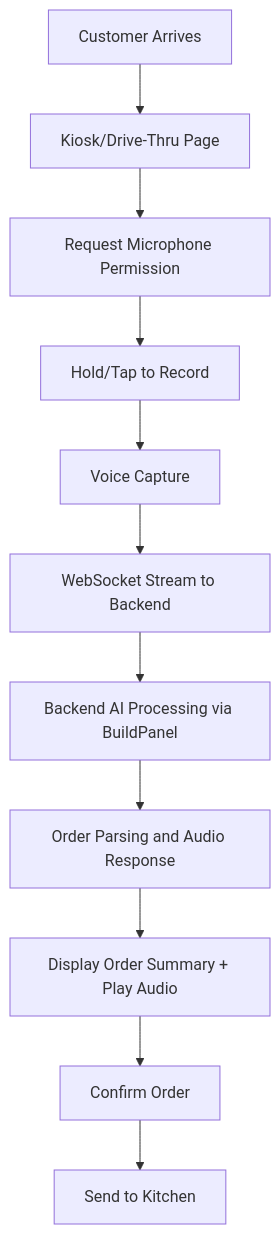
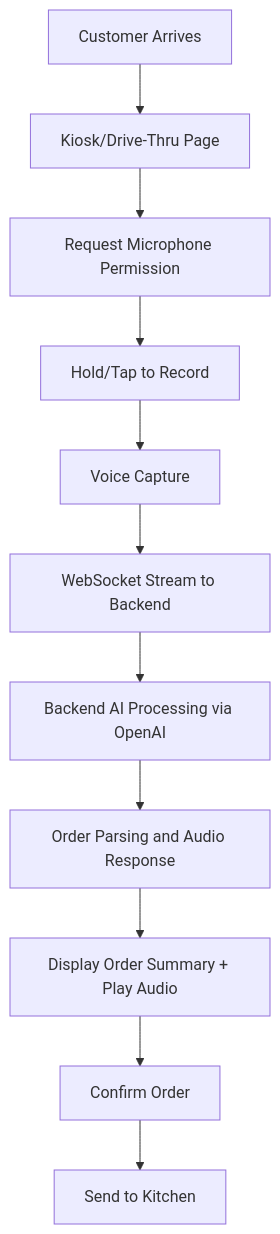
Before and after one commit to mikeyoung304/July25: the fourth of 6 diagrams in docs/FRONTEND_ARCHITECTURE.md, drawn with Mermaid. The commit also changed other lines of this file and 30 other files, not shown here.

Commit message:
chore: remove all BuildPanel references; replace with OpenAI; add CI guards

````diff
--- a/docs/FRONTEND_ARCHITECTURE.md
+++ b/docs/FRONTEND_ARCHITECTURE.md
@@ -201,13 +201,13 @@
 ```mermaid
 graph TD
     A[Customer Arrives] --> B[Kiosk/Drive-Thru Page]
     B --> C[Request Microphone Permission]
     C --> D[Hold/Tap to Record]
     D --> E[Voice Capture]
     E --> F[WebSocket Stream to Backend]
-    F --> G[Backend AI Processing via BuildPanel]
+    F --> G[Backend AI Processing via OpenAI]
     G --> H[Order Parsing and Audio Response]
     H --> I[Display Order Summary + Play Audio]
     I --> J[Confirm Order]
     J --> K[Send to Kitchen]
 ```
````
